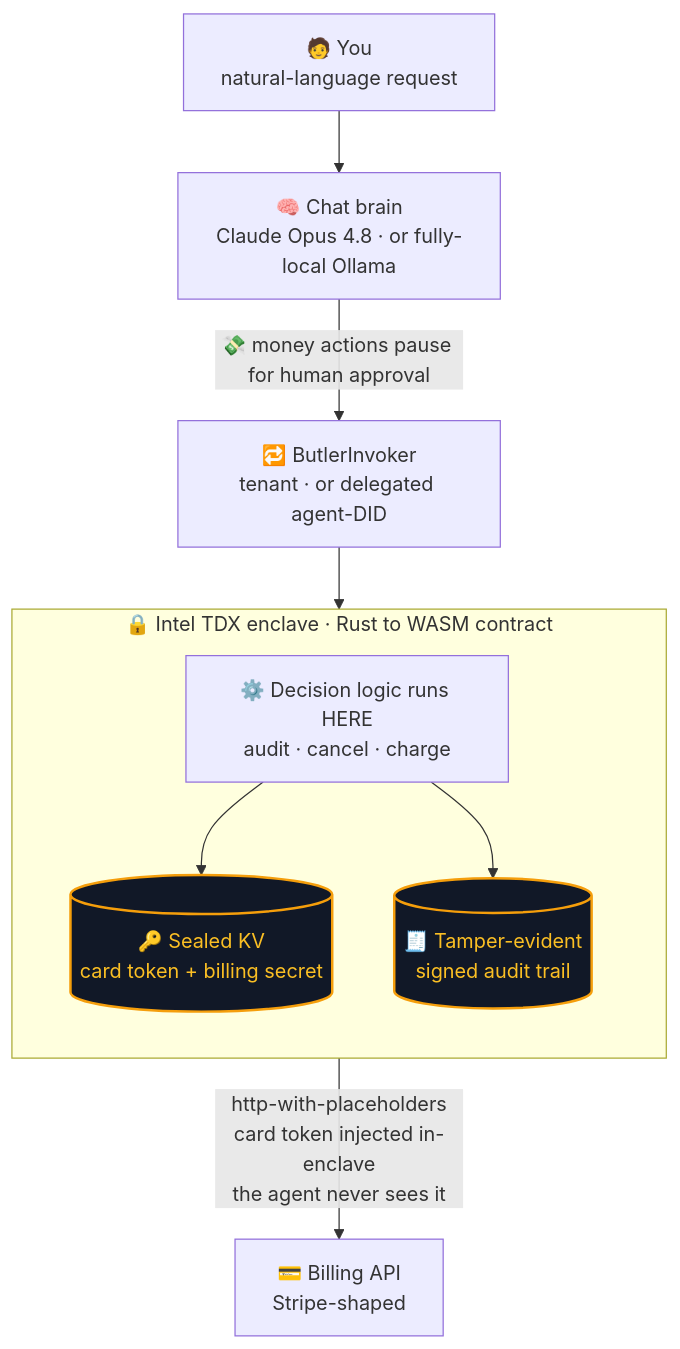
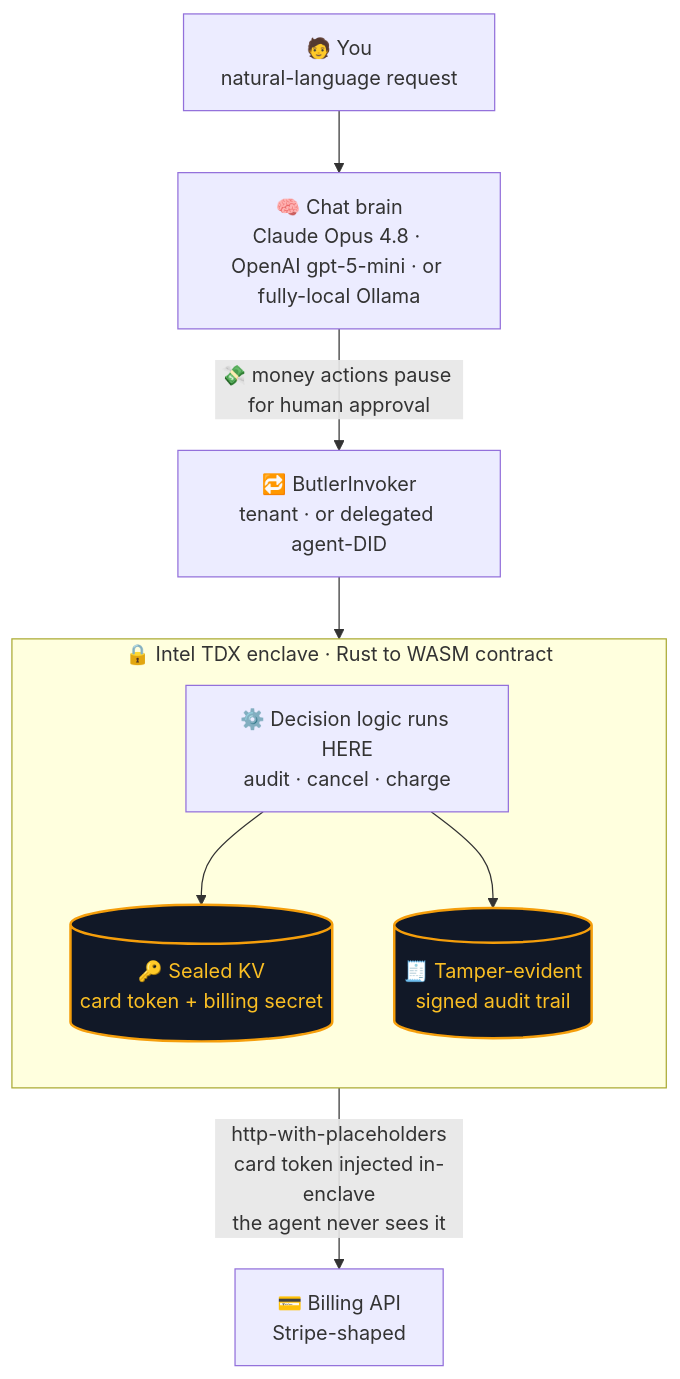
One commit to imjaglan/t3-subscription-butler changed the diagram in README.md. Above: the diagram before and after it, drawn with Mermaid. The commit also changed other lines of this file, not shown here.

First line of the commit message:
docs(readme): note OpenAI gpt-5 as a brain option alongside Claude and Ollama

````diff
--- a/README.md
+++ b/README.md
@@ -57,24 +57,24 @@
 ```mermaid
 flowchart TD
     U["🧑 You<br/>natural-language request"]
-    B["🧠 Chat brain<br/>Claude Opus 4.8 · or fully-local Ollama"]
+    B["🧠 Chat brain<br/>Claude Opus 4.8 · OpenAI gpt-5-mini · or fully-local Ollama"]
     I["🔁 ButlerInvoker<br/>tenant · or delegated agent-DID"]
 
     U --> B
     B -->|"💸 money actions pause for human approval"| I
 
     subgraph ENC["🔒 Intel TDX enclave · Rust to WASM contract"]
         direction TB
         C["⚙️ Decision logic runs HERE<br/>audit · cancel · charge"]
         K[("🔑 Sealed KV<br/>card token + billing secret")]
         AUD[("🧾 Tamper-evident<br/>signed audit trail")]
         C --> K
         C --> AUD
     end
 
     I --> C
     C -->|"http-with-placeholders<br/>card token injected in-enclave<br/>the agent never sees it"| API["💳 Billing API<br/>Stripe-shaped"]
 
     classDef secret fill:#111827,stroke:#F59E0B,stroke-width:2px,color:#FBBF24;
     class K,AUD secret;
 ```
````
